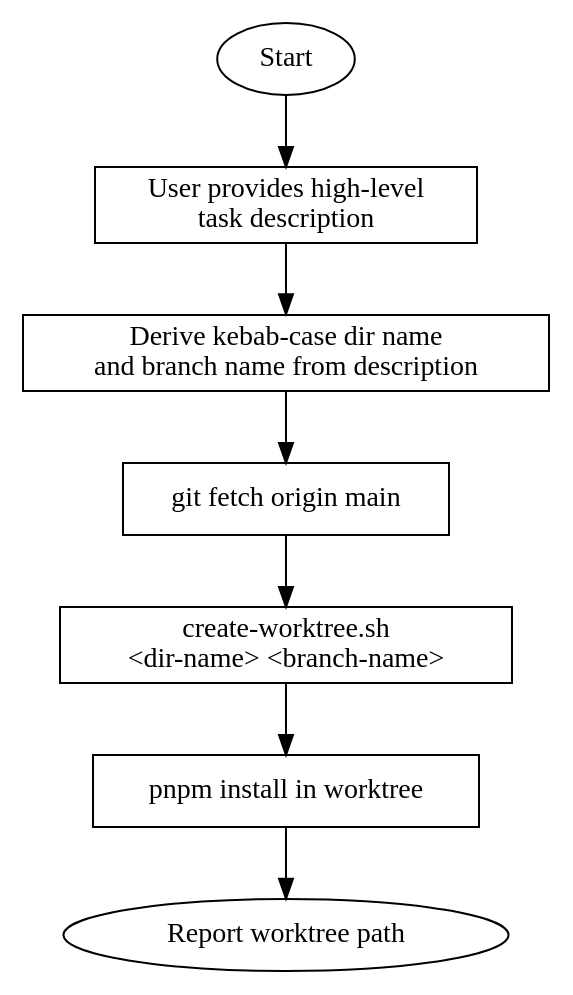
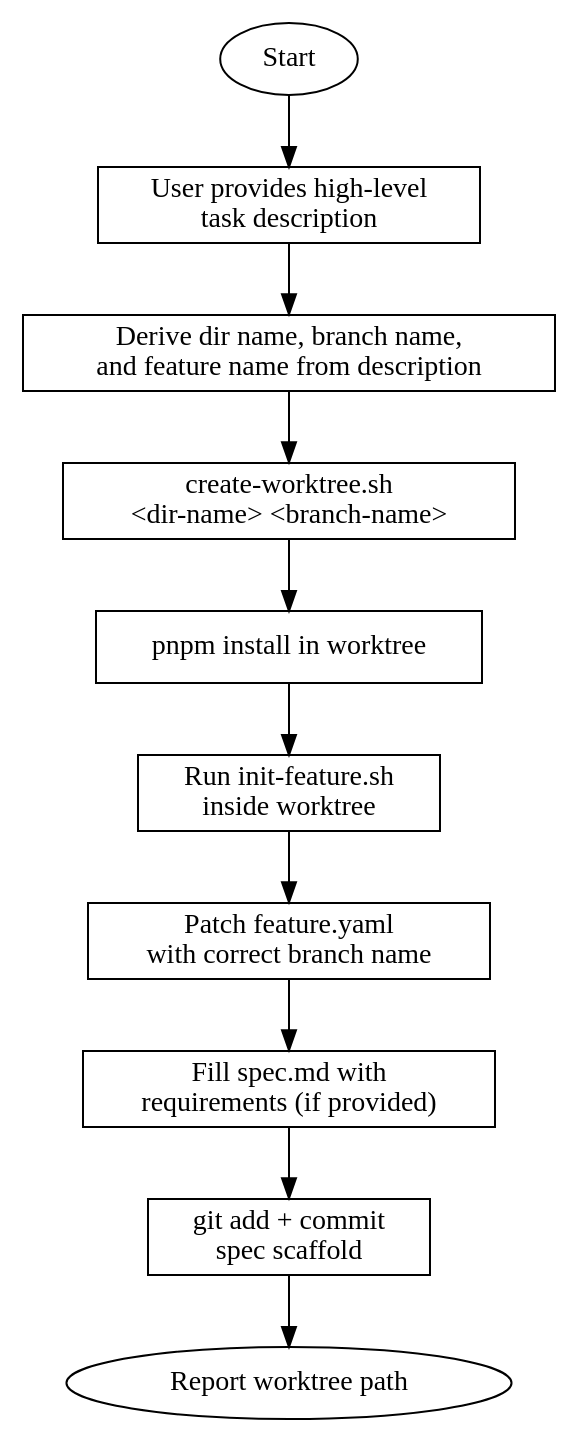
Before and after one commit to shep-ai/cli: the diagram in .claude/skills/shep-kit:parallel-task/SKILL.md, drawn with Graphviz. The commit also changed other lines of this file, not shown here.

First line of the commit message:
feat(skills): add spec directory scaffolding to parallel-task skill

````diff
--- a/.claude/skills/shep-kit:parallel-task/SKILL.md
+++ b/.claude/skills/shep-kit:parallel-task/SKILL.md
@@ -18,21 +18,27 @@
 ```dot
 digraph parallel_task {
     rankdir=TB;
     node [shape=box];
 
     start [label="Start" shape=ellipse];
     get_desc [label="User provides high-level\ntask description"];
-    derive [label="Derive kebab-case dir name\nand branch name from description"];
-    update_main [label="git fetch origin main"];
+    derive [label="Derive dir name, branch name,\nand feature name from description"];
     create_wt [label="create-worktree.sh\n<dir-name> <branch-name>"];
     install [label="pnpm install in worktree"];
+    init_spec [label="Run init-feature.sh\ninside worktree"];
+    fix_yaml [label="Patch feature.yaml\nwith correct branch name"];
+    fill_spec [label="Fill spec.md with\nrequirements (if provided)"];
+    commit [label="git add + commit\nspec scaffold"];
     report [label="Report worktree path" shape=ellipse];
 
     start -> get_desc;
     get_desc -> derive;
-    derive -> update_main;
-    update_main -> create_wt;
+    derive -> create_wt;
     create_wt -> install;
-    install -> report;
+    install -> init_spec;
+    init_spec -> fix_yaml;
+    fix_yaml -> fill_spec;
+    fill_spec -> commit;
+    commit -> report;
 }
 ```
````
